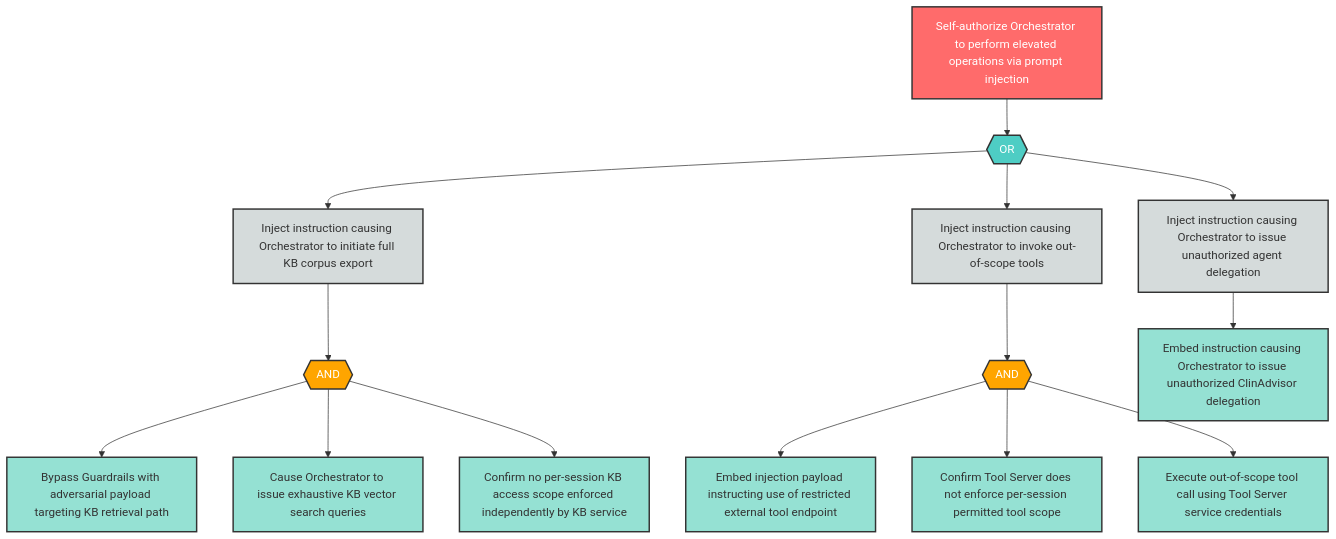
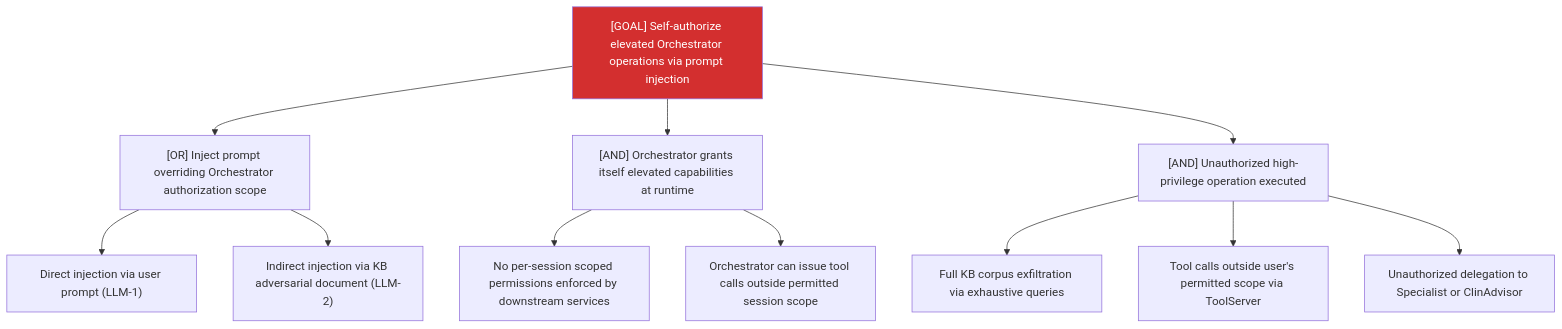
One commit to q-qp-p/davidmatousek-tachi changed the diagram in examples/agentic-app/sample-report/attack-trees/e-2-attack-tree.md. Above: the diagram before and after it, drawn with Mermaid. The commit also changed other lines of this file and 132 other files, not shown here.

````diff
--- a/examples/agentic-app/sample-report/attack-trees/e-2-attack-tree.md
+++ b/examples/agentic-app/sample-report/attack-trees/e-2-attack-tree.md
@@ -8,43 +7,16 @@
 ```mermaid
-flowchart TD
-    E2_root["Self-authorize Orchestrator to perform elevated operations via prompt injection"]
-    E2_or1{{"OR"}}
-    E2_sub1["Inject instruction causing Orchestrator to initiate full KB corpus export"]
-    E2_sub2["Inject instruction causing Orchestrator to invoke out-of-scope tools"]
-    E2_sub3["Inject instruction causing Orchestrator to issue unauthorized agent delegation"]
-    E2_and1{{"AND"}}
-    E2_leaf1["Bypass Guardrails with adversarial payload targeting KB retrieval path"]
-    E2_leaf2["Cause Orchestrator to issue exhaustive KB vector search queries"]
-    E2_leaf3["Confirm no per-session KB access scope enforced independently by KB service"]
-    E2_and2{{"AND"}}
-    E2_leaf4["Embed injection payload instructing use of restricted external tool endpoint"]
-    E2_leaf5["Confirm Tool Server does not enforce per-session permitted tool scope"]
-    E2_leaf6["Execute out-of-scope tool call using Tool Server service credentials"]
-    E2_leaf7["Embed instruction causing Orchestrator to issue unauthorized ClinAdvisor delegation"]
-
-    E2_root --> E2_or1
-    E2_or1 --> E2_sub1
-    E2_or1 --> E2_sub2
-    E2_or1 --> E2_sub3
-    E2_sub1 --> E2_and1
-    E2_and1 --> E2_leaf1
-    E2_and1 --> E2_leaf2
-    E2_and1 --> E2_leaf3
-    E2_sub2 --> E2_and2
-    E2_and2 --> E2_leaf4
-    E2_and2 --> E2_leaf5
-    E2_and2 --> E2_leaf6
-    E2_sub3 --> E2_leaf7
-
-    classDef goal fill:#ff6b6b,stroke:#333,stroke-width:2px,color:#fff
-    classDef andGate fill:#ffa500,stroke:#333,stroke-width:2px,color:#fff
-    classDef orGate fill:#4ecdc4,stroke:#333,stroke-width:2px,color:#fff
-    classDef subGoal fill:#d5dbdb,stroke:#333,stroke-width:2px,color:#333
-    classDef leaf fill:#95e1d3,stroke:#333,stroke-width:2px,color:#333
-
-    class E2_root goal
-    class E2_or1 orGate
-    class E2_and1,E2_and2 andGate
-    class E2_sub1,E2_sub2,E2_sub3 subGoal
-    class E2_leaf1,E2_leaf2,E2_leaf3,E2_leaf4,E2_leaf5,E2_leaf6,E2_leaf7 leaf
+graph TD
+    Goal["[GOAL] Self-authorize elevated Orchestrator operations via prompt injection"]
+    Goal --> A["[OR] Inject prompt overriding Orchestrator authorization scope"]
+    A --> A1["Direct injection via user prompt (LLM-1)"]
+    A --> A2["Indirect injection via KB adversarial document (LLM-2)"]
+    Goal --> B["[AND] Orchestrator grants itself elevated capabilities at runtime"]
+    B --> B1["No per-session scoped permissions enforced by downstream services"]
+    B --> B2["Orchestrator can issue tool calls outside permitted session scope"]
+    Goal --> C["[AND] Unauthorized high-privilege operation executed"]
+    C --> C1["Full KB corpus exfiltration via exhaustive queries"]
+    C --> C2["Tool calls outside user's permitted scope via ToolServer"]
+    C --> C3["Unauthorized delegation to Specialist or ClinAdvisor"]
+    classDef critical fill:#d32f2f,color:#fff
+    class Goal critical
 ```
````
